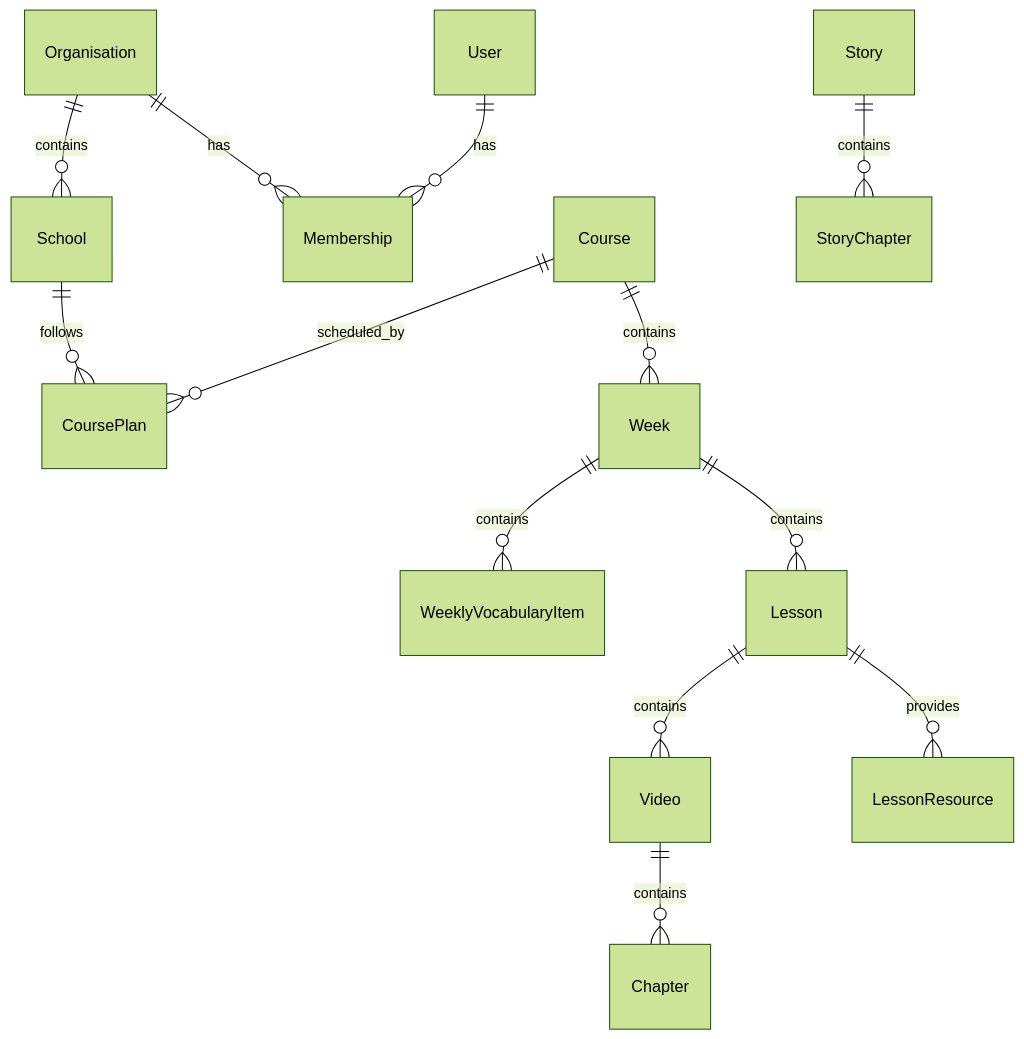
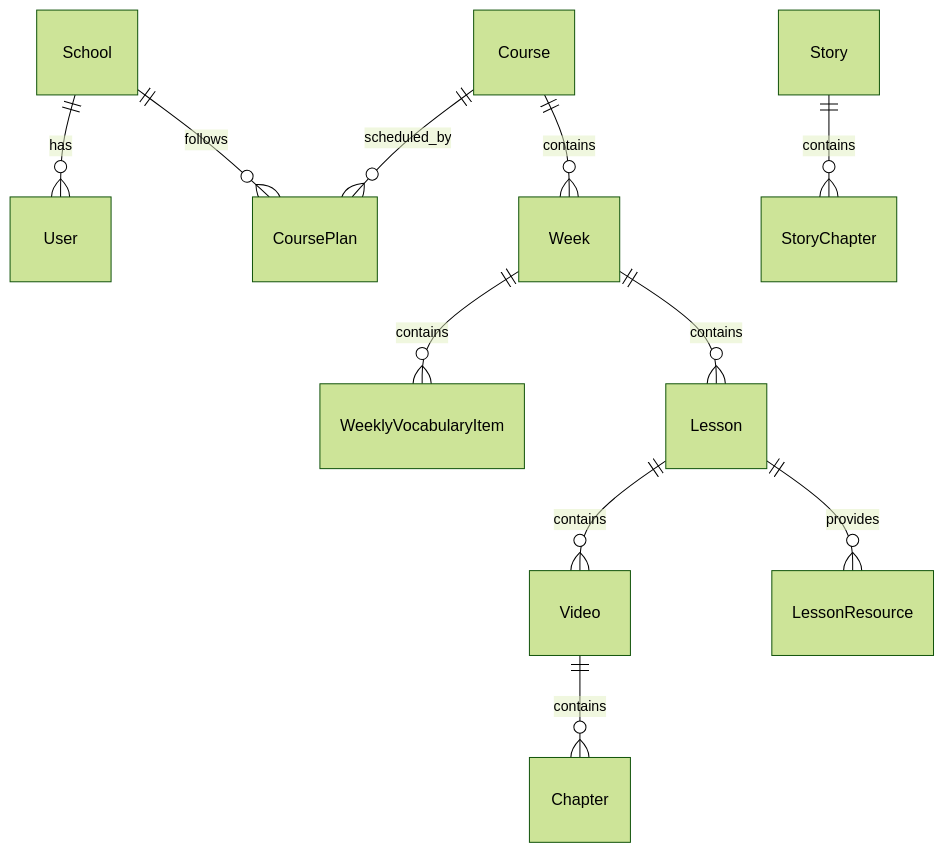
One commit to JaysonPye/Journal changed the first of 2 diagrams in AI-sensei-DB.md. Above: the diagram before and after it, drawn with Mermaid (forest theme). The commit also changed other lines of this file and 3 other files, not shown here.

````diff
--- a/AI-sensei-DB.md
+++ b/AI-sensei-DB.md
@@ -5,15 +5,13 @@
 ```mermaid
 erDiagram
-    Organisation ||--o{ School : contains
-    Organisation ||--o{ Membership : has
-    User ||--o{ Membership : has
+    School ||--o{ User : has
     School ||--o{ CoursePlan : follows
     Course ||--o{ CoursePlan : scheduled_by
     Course ||--o{ Week : contains
     Week ||--o{ WeeklyVocabularyItem : contains
     Week ||--o{ Lesson : contains
     Lesson ||--o{ Video : contains
     Video ||--o{ Chapter : contains
     Lesson ||--o{ LessonResource : provides
     Story ||--o{ StoryChapter : contains
 ```
````
